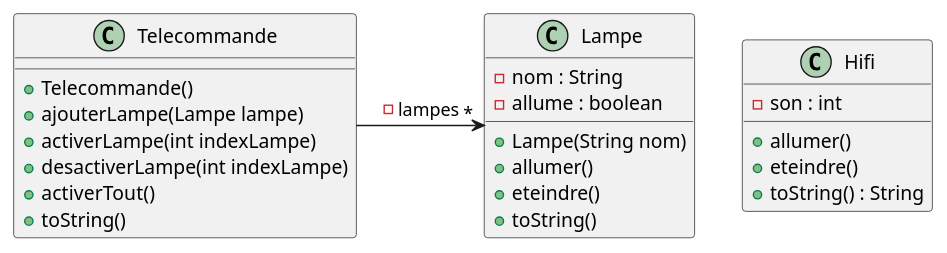
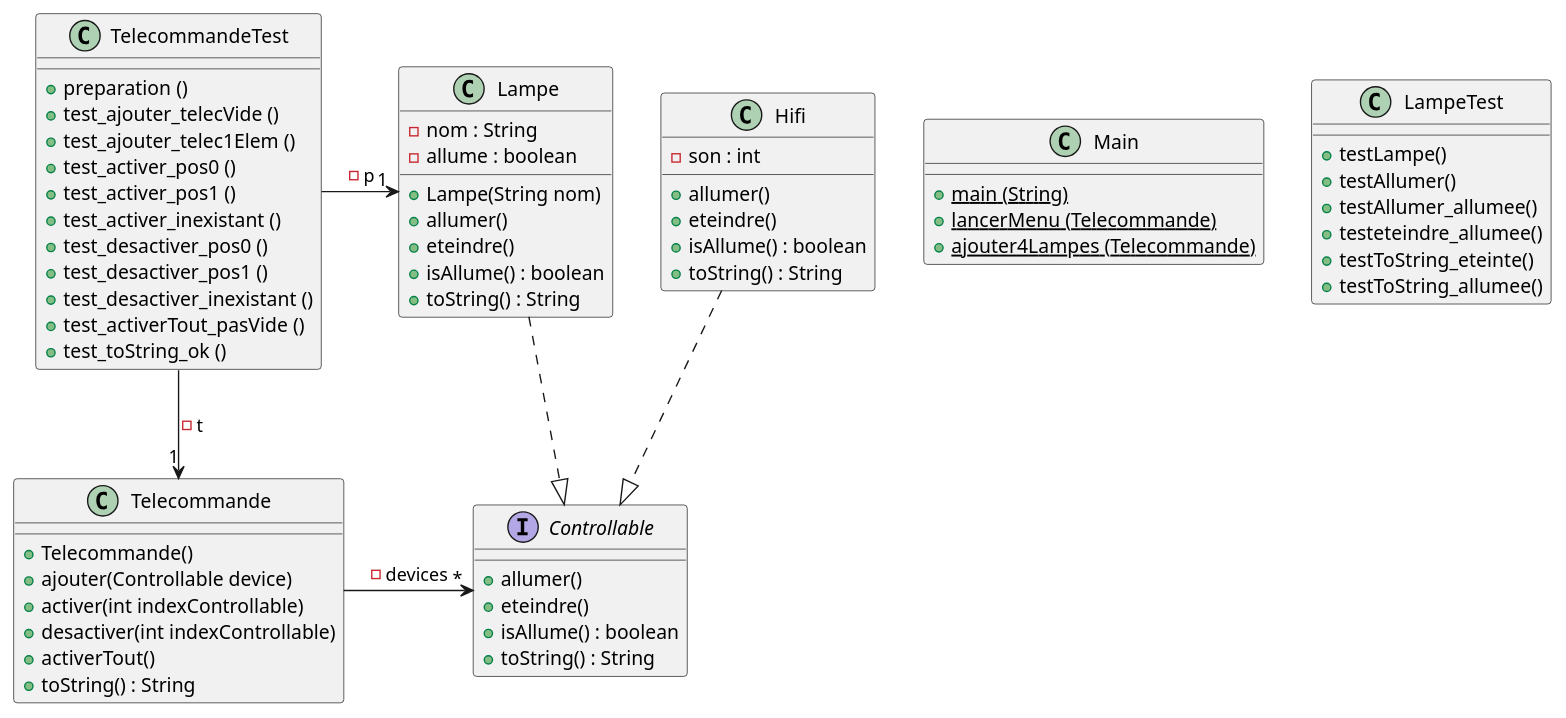
Before and after one commit to Hugo-COLLIN/BUT_S2_COO_domotique: the diagram in Domotique/ressource/diagClasse.plantuml, drawn with PlantUML.

Commit message:
maj diagramme avec classes de test + modifs faites sur les classes le 20220420

```diff
--- a/Domotique/ressource/diagClasse.plantuml
+++ b/Domotique/ressource/diagClasse.plantuml
@@ -1,29 +1,76 @@
 @startuml
-class Lampe{
+
+interface Controllable {
+    + allumer()
+    + eteindre()
+    + isAllume() : boolean
+    + toString() : String
+}
+
+class Lampe {
     - nom : String
     - allume : boolean
     + Lampe(String nom)
     + allumer()
     + eteindre()
-    + toString()
-
+    + isAllume() : boolean
+    + toString() : String
 }
 
-class Telecommande{
-    + Telecommande()
-    + ajouterLampe(Lampe lampe)
-    + activerLampe(int indexLampe)
-    + desactiverLampe(int indexLampe)
-    + activerTout()
-    + toString()
-}
-
-class Hifi{
+class Hifi {
     - son : int
     + allumer()
     + eteindre()
+    + isAllume() : boolean
     + toString() : String
 }
 
-Telecommande -> "*" Lampe : -lampes
+class Telecommande {
+    + Telecommande()
+    + ajouter(Controllable device)
+    + activer(int indexControllable)
+    + desactiver(int indexControllable)
+    + activerTout()
+    + toString() : String
+}
+
+
+
+class Main {
+    + main (String) {static}
+    + lancerMenu (Telecommande) {static}
+    + ajouter4Lampes (Telecommande) {static}
+}
+
+class LampeTest {
+    + testLampe()
+    + testAllumer()
+    + testAllumer_allumee()
+    + testeteindre_allumee()
+    + testToString_eteinte()
+    + testToString_allumee()
+}
+
+class TelecommandeTest {
+    + preparation ()
+    + test_ajouter_telecVide ()
+    + test_ajouter_telec1Elem ()
+    + test_activer_pos0 ()
+    + test_activer_pos1 ()
+    + test_activer_inexistant ()
+    + test_desactiver_pos0 ()
+    + test_desactiver_pos1 ()
+    + test_desactiver_inexistant ()
+    + test_activerTout_pasVide ()
+    + test_toString_ok ()
+}
+
+Telecommande -> "*" Controllable : - devices
+
+Lampe ..|> Controllable
+Hifi ..|> Controllable
+
+TelecommandeTest --> "1" Telecommande : - t
+TelecommandeTest -> "1" Lampe : - p
+
 @enduml
```
